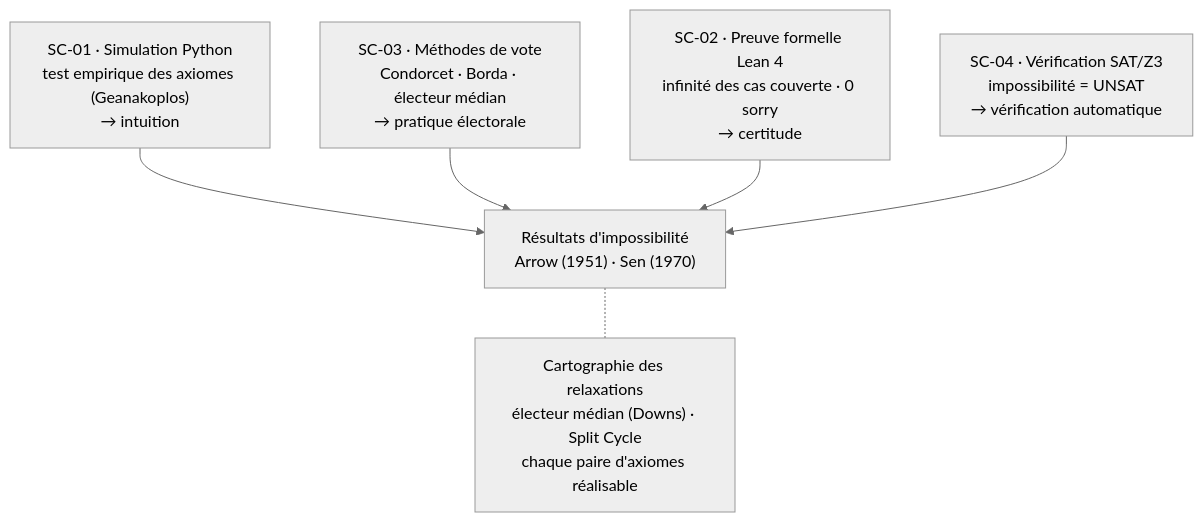
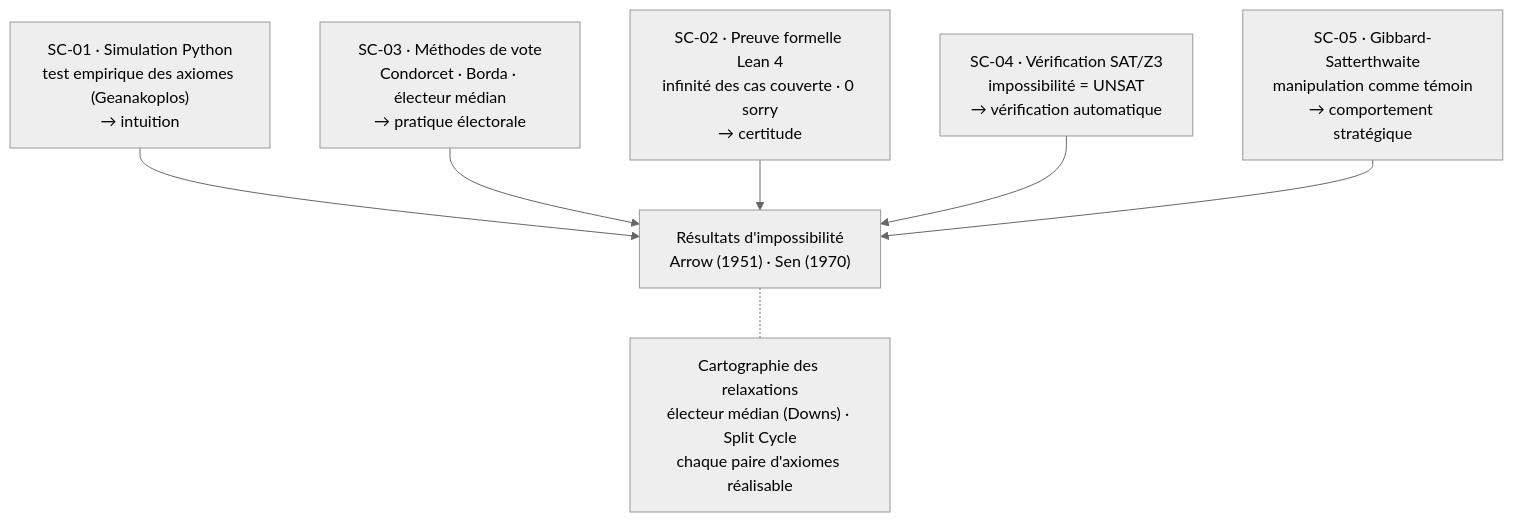
Before and after one commit to jsboige/CoursIA: the diagram in MyIA.AI.Notebooks/GameTheory/SocialChoice/README.md, drawn with Mermaid (neutral theme). The commit also changed other lines of this file and 13 other files, not shown here.

Commit message:
refactor(gametheory,#12375): re-slot vague 20-23 en slots lettres — 09b/09c (Stackelberg, famille GT-09), 03h (chantier 2x2), 16d (famille GT-16), SocialChoice/05 (Gibbard-Satterthwaite) — doctrine #5081 geste 1 demotion

````diff
--- a/MyIA.AI.Notebooks/GameTheory/SocialChoice/README.md
+++ b/MyIA.AI.Notebooks/GameTheory/SocialChoice/README.md
@@ -36,15 +37,17 @@
 ```mermaid
 flowchart TD
     Result["Résultats d'impossibilité<br/>Arrow (1951) · Sen (1970)"]
 
     E1["SC-01 · Simulation Python<br/>test empirique des axiomes (Geanakoplos)<br/>→ intuition"]
     E2["SC-03 · Méthodes de vote<br/>Condorcet · Borda · électeur médian<br/>→ pratique électorale"]
     E3["SC-02 · Preuve formelle Lean 4<br/>infinité des cas couverte · 0 sorry<br/>→ certitude"]
     E4["SC-04 · Vérification SAT/Z3<br/>impossibilité = UNSAT<br/>→ vérification automatique"]
+    E5["SC-05 · Gibbard-Satterthwaite<br/>manipulation comme témoin<br/>→ comportement stratégique"]
 
     E1 --> Result
     E2 --> Result
     E3 --> Result
     E4 --> Result
+    E5 --> Result
     Result -.- Relax["Cartographie des relaxations<br/>électeur médian (Downs) · Split Cycle<br/>chaque paire d'axiomes réalisable"]
 ```
````
